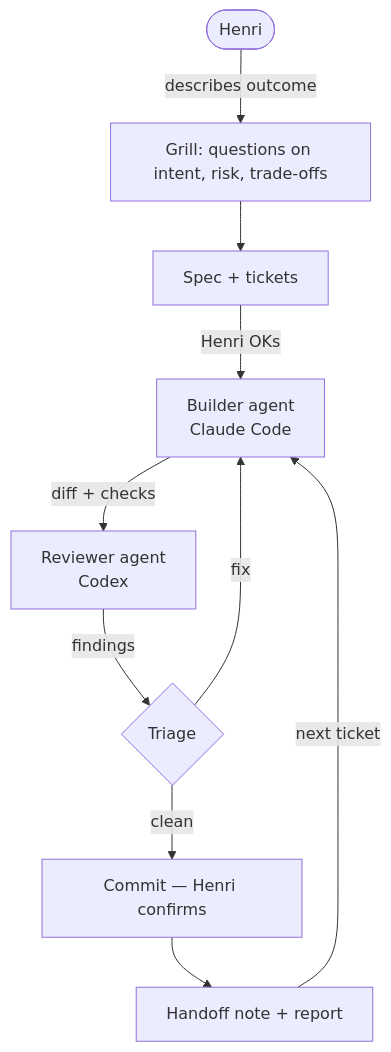
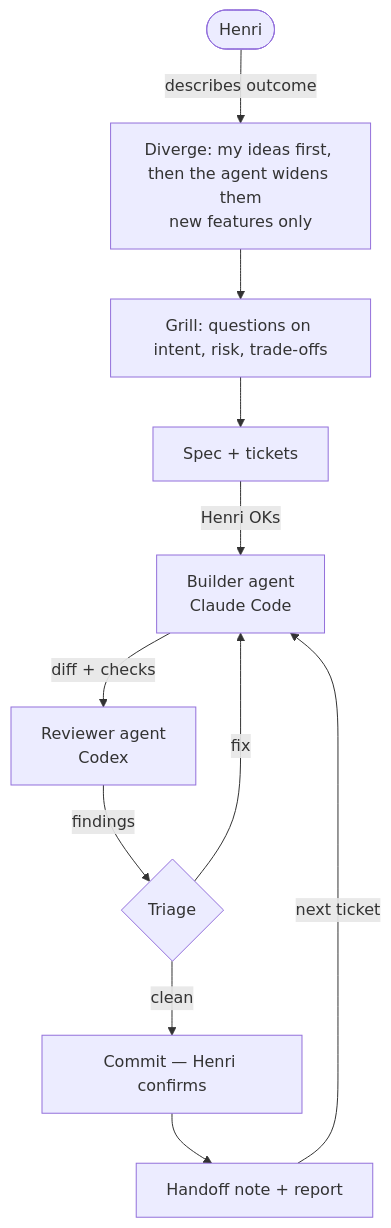
Before and after one commit to henribauer/how-i-build: the diagram in README.md, drawn with Mermaid. The commit also changed other lines of this file and 1 other file, not shown here.

Commit message:
docs: add step 0 Diverge, D0 and the Six Hats check

````diff
--- a/README.md
+++ b/README.md
@@ -22,12 +22,13 @@
 ```mermaid
 flowchart TD
-    H([Henri]) -->|describes outcome| G[Grill: questions on intent, risk, trade-offs]
+    H([Henri]) -->|describes outcome| D[Diverge: my ideas first, then the agent widens them<br/>new features only]
+    D --> G[Grill: questions on intent, risk, trade-offs]
     G --> S[Spec + tickets]
     S -->|Henri OKs| B[Builder agent<br/>Claude Code]
     B -->|diff + checks| R[Reviewer agent<br/>Codex]
     R -->|findings| T{Triage}
     T -->|fix| B
     T -->|clean| C[Commit — Henri confirms]
     C --> N[Handoff note + report]
     N -->|next ticket| B
 ```
````
